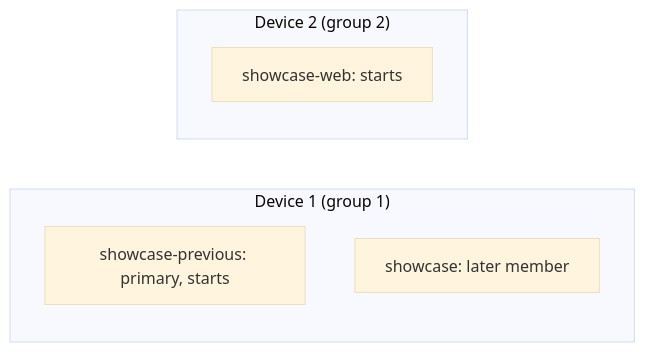
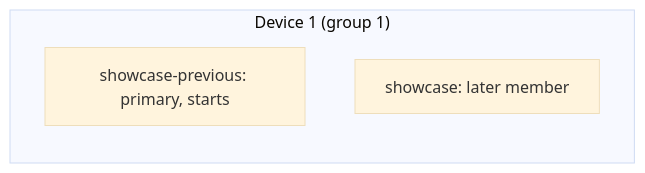
The second of 4 diagrams in roadmaps/BE-XXXX-install-app-step/BE-XXXX-install-app-step.md (bajutsu-e2e/bajutsu), drawn with Mermaid (base theme) before and after one commit. The commit also changed other lines of this file and 1 other file, not shown here.

Commit message:
docs(roadmap): apply the sixth cold review to the install-app-step proposal

````diff
--- a/roadmaps/BE-XXXX-install-app-step/BE-XXXX-install-app-step.md
+++ b/roadmaps/BE-XXXX-install-app-step/BE-XXXX-install-app-step.md
@@ -287,10 +286,7 @@
 ```mermaid
 flowchart LR
   subgraph D1["Device 1 (group 1)"]
     A["showcase-previous: primary, starts"]
     B["showcase: later member"]
   end
-  subgraph D2["Device 2 (group 2)"]
-    C["showcase-web: starts"]
-  end
 ```
````
